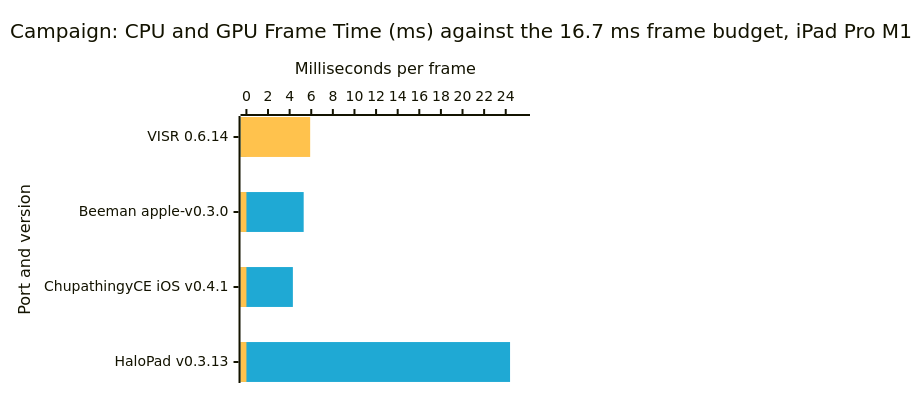
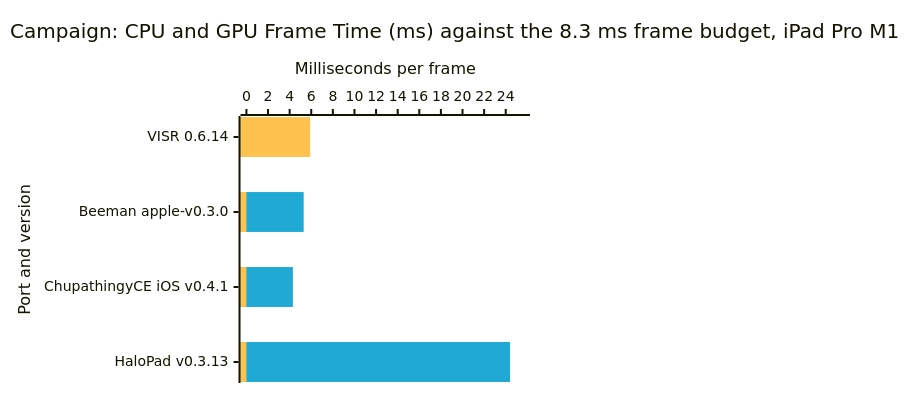
One commit to VISR-CE/visr changed the third of 8 diagrams in docs/benchmarks.md. Above: the diagram before and after it, drawn with Mermaid. The commit also changed 3 other files, not shown here.

First line of the commit message:
🐛 fix(benchmarks): keep the iPad Pro M1 frame budget at its 120 fps play rate now that hosted-game rows run at 60, and expect VISR 0.6.14 among the Apple TV 4K builds

````diff
--- a/docs/benchmarks.md
+++ b/docs/benchmarks.md
@@ -78,17 +78,17 @@
 ```mermaid
 ---
 config:
   xyChart:
     width: 520
     height: 373
   themeVariables:
     xyChart:
       plotColorPalette: "#1fa9d4, #ffc24d"
 ---
 xychart-beta horizontal
-    title "Campaign: CPU and GPU Frame Time (ms) against the 16.7 ms frame budget, iPad Pro M1"
+    title "Campaign: CPU and GPU Frame Time (ms) against the 8.3 ms frame budget, iPad Pro M1"
     x-axis "Port and version" ["VISR 0.6.14", "Beeman apple-v0.3.0", "ChupathingyCE iOS v0.4.1", "HaloPad v0.3.13"]
     y-axis "Milliseconds per frame" 0 --> 25.7
     bar [0, 5.3, 4.3, 24.4]
     bar [5.9, 0, 0, 0]
 ```
````
